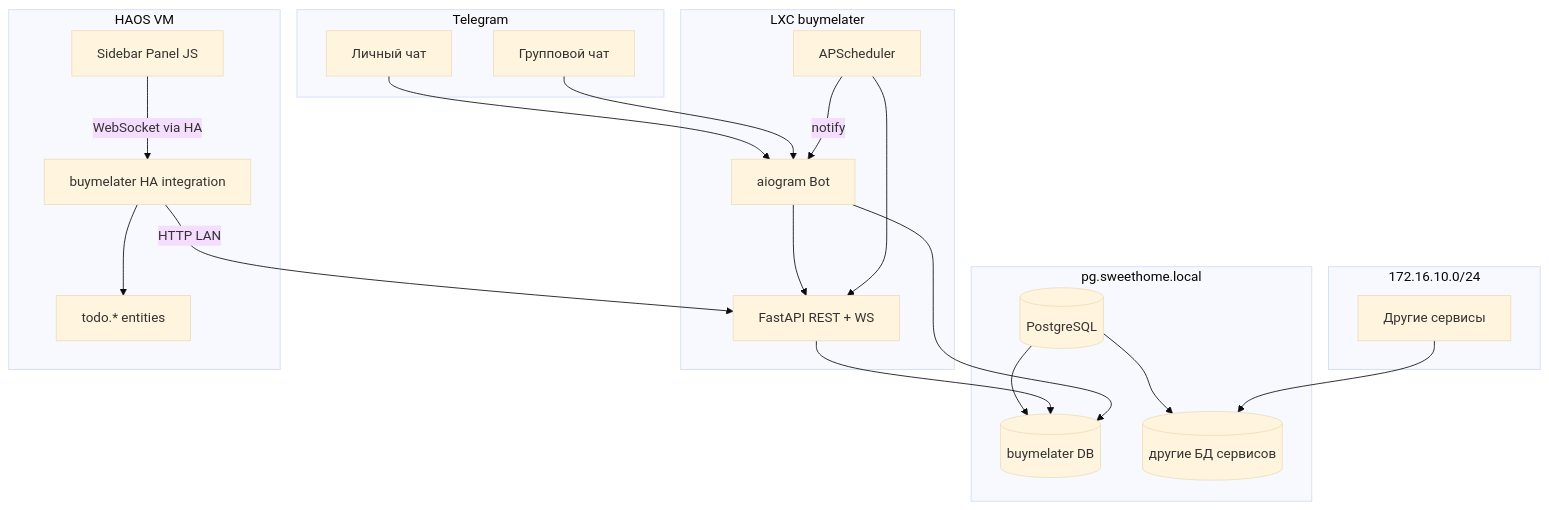
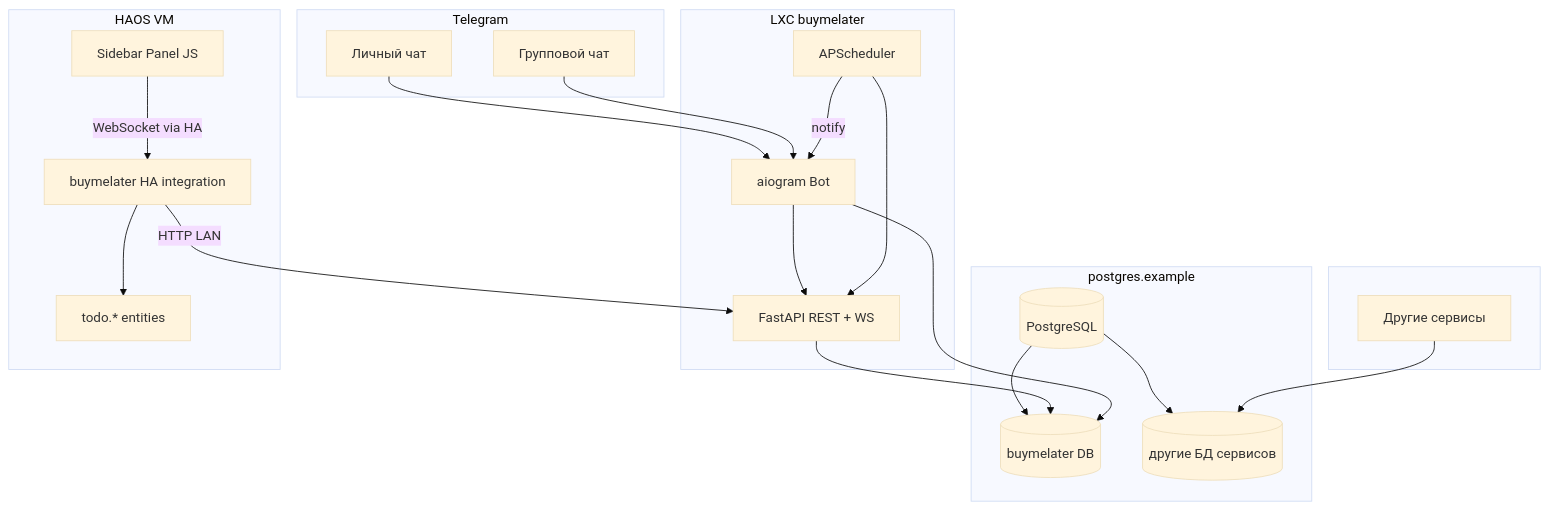
Before and after one commit to makeinstall77/BuyMeLaterBot: the first of 2 diagrams in PLAN.md, drawn with Mermaid (base theme). The commit also changed other lines of this file and 4 other files, not shown here.

````diff
--- a/PLAN.md
+++ b/PLAN.md
@@ -48,44 +48,44 @@
 ```mermaid
 flowchart TB
     subgraph telegram [Telegram]
         TGUser[Личный чат]
         TGGroup[Групповой чат]
     end
 
     subgraph lxc [LXC buymelater]
         Bot[aiogram Bot]
         API[FastAPI REST + WS]
         Scheduler[APScheduler]
     end
 
-    subgraph pg [pg.sweethome.local]
+    subgraph pg [postgres.example]
         DB[(PostgreSQL)]
         DBBot[(buymelater DB)]
         DBOther[(другие БД сервисов)]
         DB --> DBBot
         DB --> DBOther
     end
 
-    subgraph svcs [172.16.10.0/24]
+    subgraph svcs [<your-lan-subnet>]
         OtherSvc[Другие сервисы]
     end
 
     subgraph haos [HAOS VM]
         HAInt[buymelater HA integration]
         Panel[Sidebar Panel JS]
         TodoEnt[todo.* entities]
     end
 
     TGUser --> Bot
     TGGroup --> Bot
     Bot --> API
     Scheduler --> API
     API --> DBBot
     Bot --> DBBot
     OtherSvc --> DBOther
 
     HAInt -->|HTTP LAN| API
     Panel -->|WebSocket via HA| HAInt
     HAInt --> TodoEnt
     Scheduler -->|notify| Bot
 ```
````
